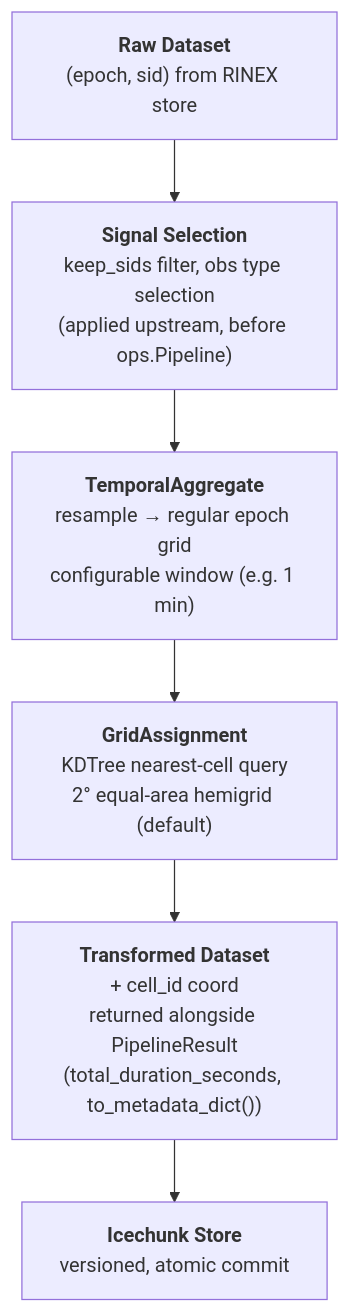
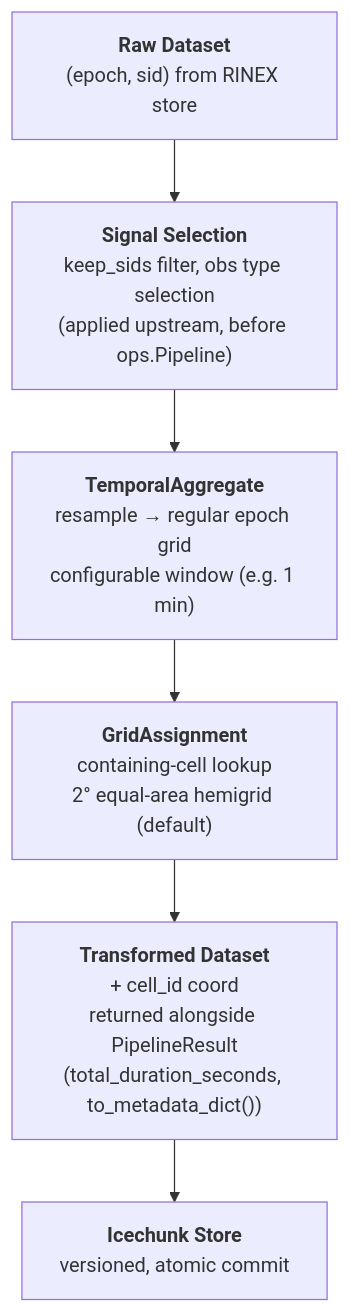
The diagram in docs/diagrams/12-preprocessing-pipeline.mmd (nfb2021/canvodpy), drawn with Mermaid before and after one commit. The commit also changed 16 other files, not shown here.

```diff
--- a/docs/diagrams/12-preprocessing-pipeline.mmd
+++ b/docs/diagrams/12-preprocessing-pipeline.mmd
@@ -1,23 +1,23 @@
 flowchart TD
     RAW["`**Raw Dataset**
     (epoch, sid) from RINEX store`"]
 
     RAW --> SIG["`**Signal Selection**
     keep_sids filter, obs type selection
     (applied upstream, before ops.Pipeline)`"]
 
     SIG --> TA["`**TemporalAggregate**
     resample → regular epoch grid
     configurable window (e.g. 1 min)`"]
 
     TA --> GA["`**GridAssignment**
-    KDTree nearest-cell query
+    containing-cell lookup
     2° equal-area hemigrid (default)`"]
 
     GA --> OUT["`**Transformed Dataset**
     + cell_id coord
     returned alongside PipelineResult
     (total_duration_seconds, to_metadata_dict())`"]
 
     OUT --> STORE["`**Icechunk Store**
     versioned, atomic commit`"]
```
